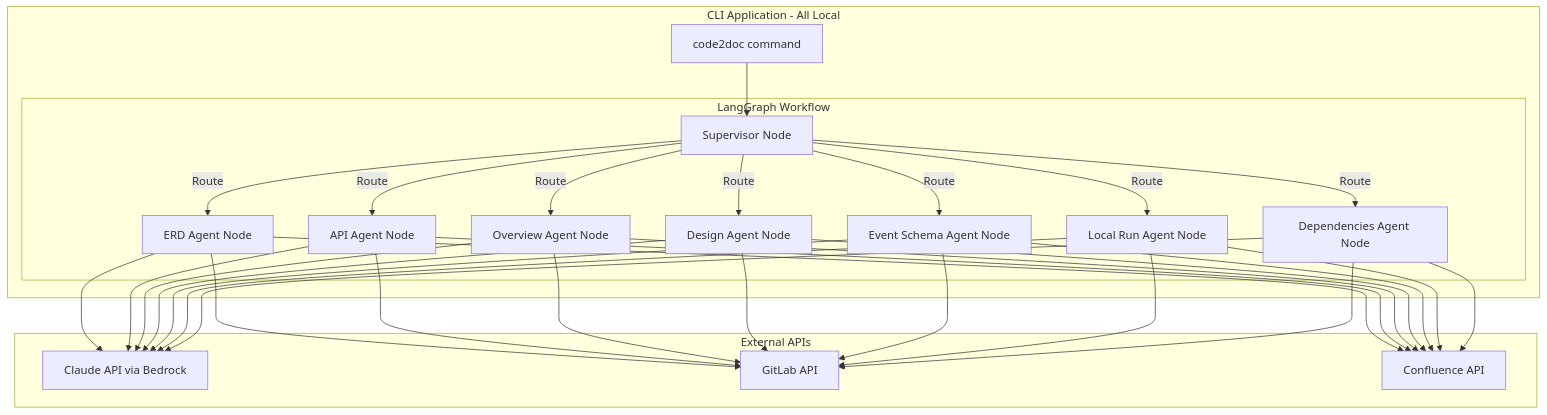
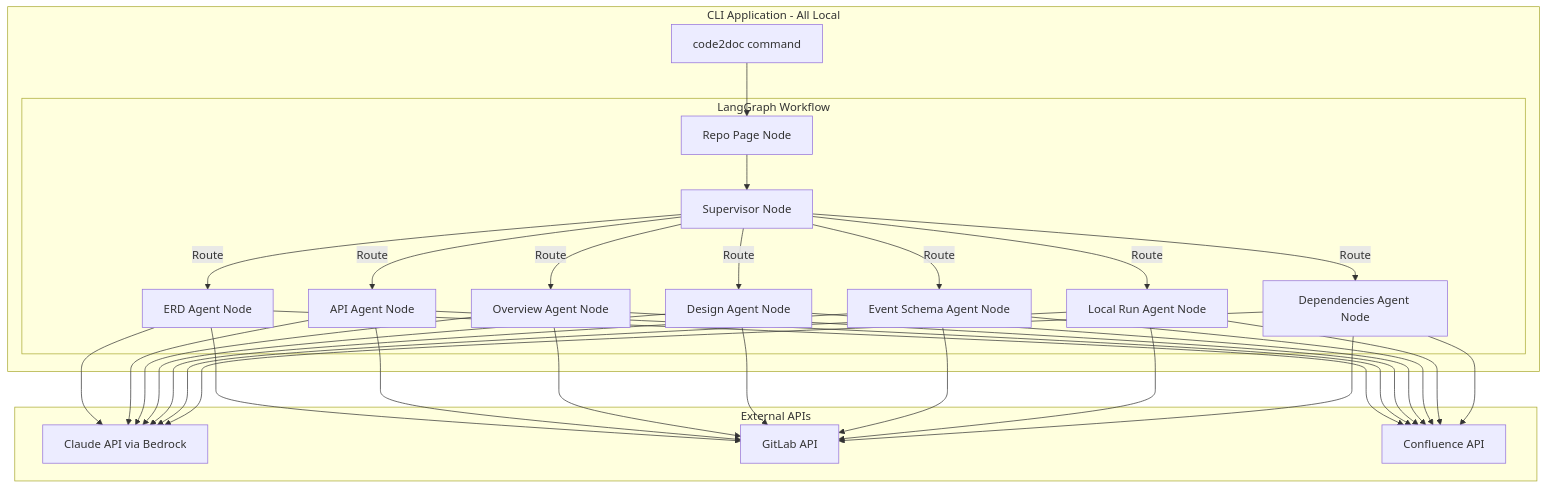
One commit to jaredlang/code2doc changed the diagram in README.md. Above: the diagram before and after it, drawn with Mermaid. The commit also changed other lines of this file and 11 other files, not shown here.

Commit message:
Roo: add a repo-level page for individual topic pages

````diff
--- a/README.md
+++ b/README.md
@@ -190,28 +190,30 @@
 ```mermaid
 flowchart TB
     subgraph CLI[CLI Application - All Local]
         CMD[code2doc command]
         
         subgraph LangGraph[LangGraph Workflow]
+            REPO[Repo Page Node]
             SUP[Supervisor Node]
             ERD[ERD Agent Node]
             API[API Agent Node]
             OVR[Overview Agent Node]
             DES[Design Agent Node]
             EVT[Event Schema Agent Node]
             LOC[Local Run Agent Node]
             DEP[Dependencies Agent Node]
         end
     end
 
     subgraph External[External APIs]
         LLM[Claude API via Bedrock]
         GL[GitLab API]
         CF[Confluence API]
     end
 
-    CMD --> SUP
+    CMD --> REPO
+    REPO --> SUP
     SUP -->|Route| ERD & API & OVR & DES & EVT & LOC & DEP
     ERD & API & OVR & DES & EVT & LOC & DEP --> LLM
     ERD & API & OVR & DES & EVT & LOC & DEP --> GL & CF
 ```
````
